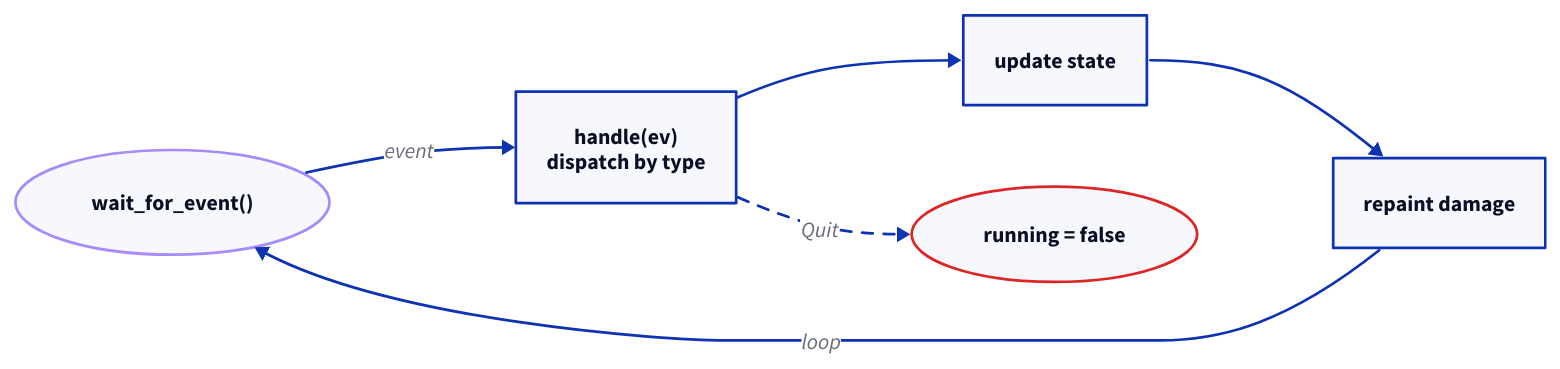
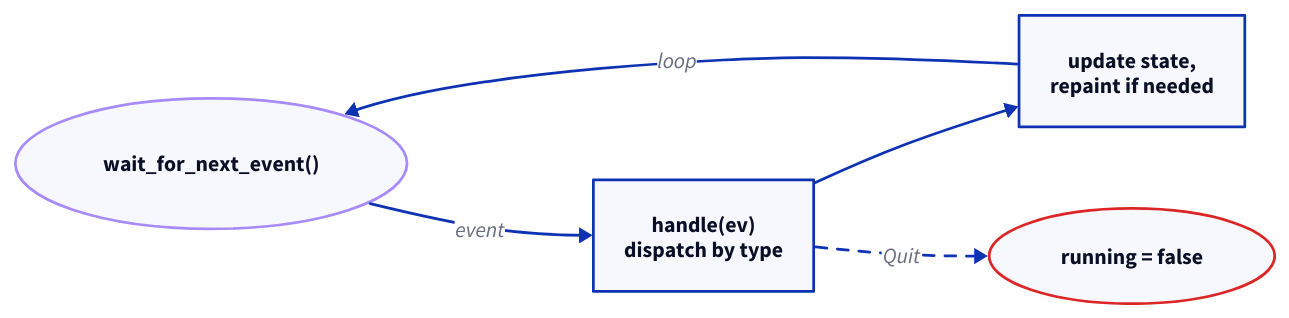
The first of 2 diagrams in courses/gui-editor-cpp.md (michael-duren/rubber-duck), drawn with D2 before and after one commit. The commit also changed other lines of this file and 29 other files, not shown here.

````diff
--- a/courses/gui-editor-cpp.md
+++ b/courses/gui-editor-cpp.md
@@ -80,23 +81,21 @@
 ```d2
 direction: right
 
-wait: "wait_for_event()" {
+wait: "wait_for_next_event()" {
   shape: oval
   style.stroke: "#a78bfa"
   style.stroke-width: 2
 }
 dispatch: "handle(ev)\ndispatch by type"
-update: "update state"
-draw: "repaint damage"
+update: "update state,\nrepaint if needed"
 quit: "running = false" {
   shape: oval
   style.stroke: "#dc2626"
   style.stroke-width: 2
 }
 
 wait -> dispatch: "event"
 dispatch -> update
-update -> draw
-draw -> wait: "loop"
+update -> wait: "loop"
 dispatch -> quit: "Quit" {style.stroke-dash: 4}
 ```
````
